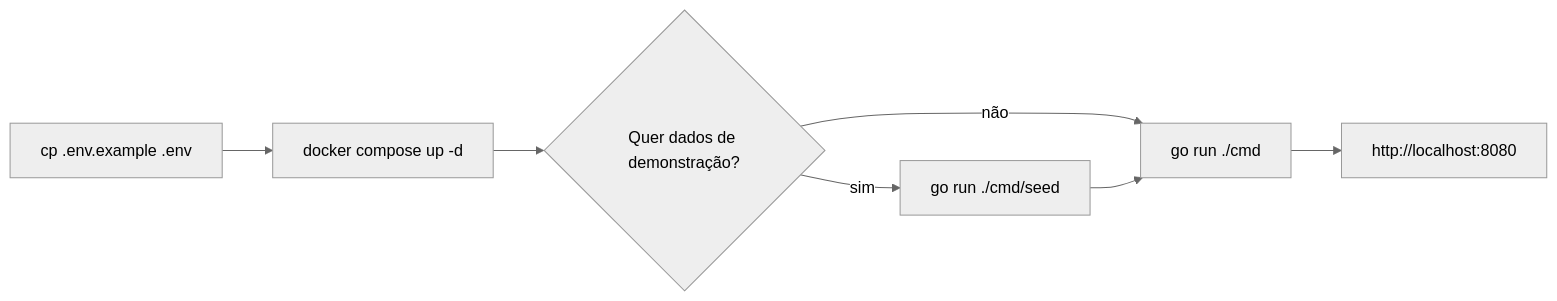
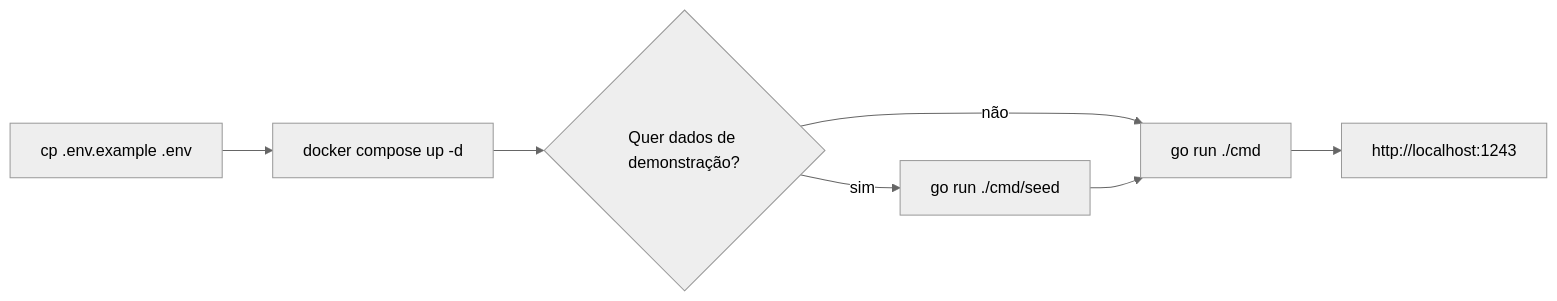
Before and after one commit to itallovidal/working-time-tracker: the diagram in _docs/getting-started/installation.md, drawn with Mermaid (neutral theme). The commit also changed other lines of this file and 4 other files, not shown here.

````diff
--- a/_docs/getting-started/installation.md
+++ b/_docs/getting-started/installation.md
@@ -14,9 +14,9 @@
 ```mermaid
 flowchart LR
     A["cp .env.example .env"] --> B["docker compose up -d"]
     B --> C{"Quer dados de demonstração?"}
     C -- "sim" --> D["go run ./cmd/seed"]
     C -- "não" --> E["go run ./cmd"]
     D --> E
-    E --> F["http://localhost:8080"]
+    E --> F["http://localhost:1243"]
 ```
````
